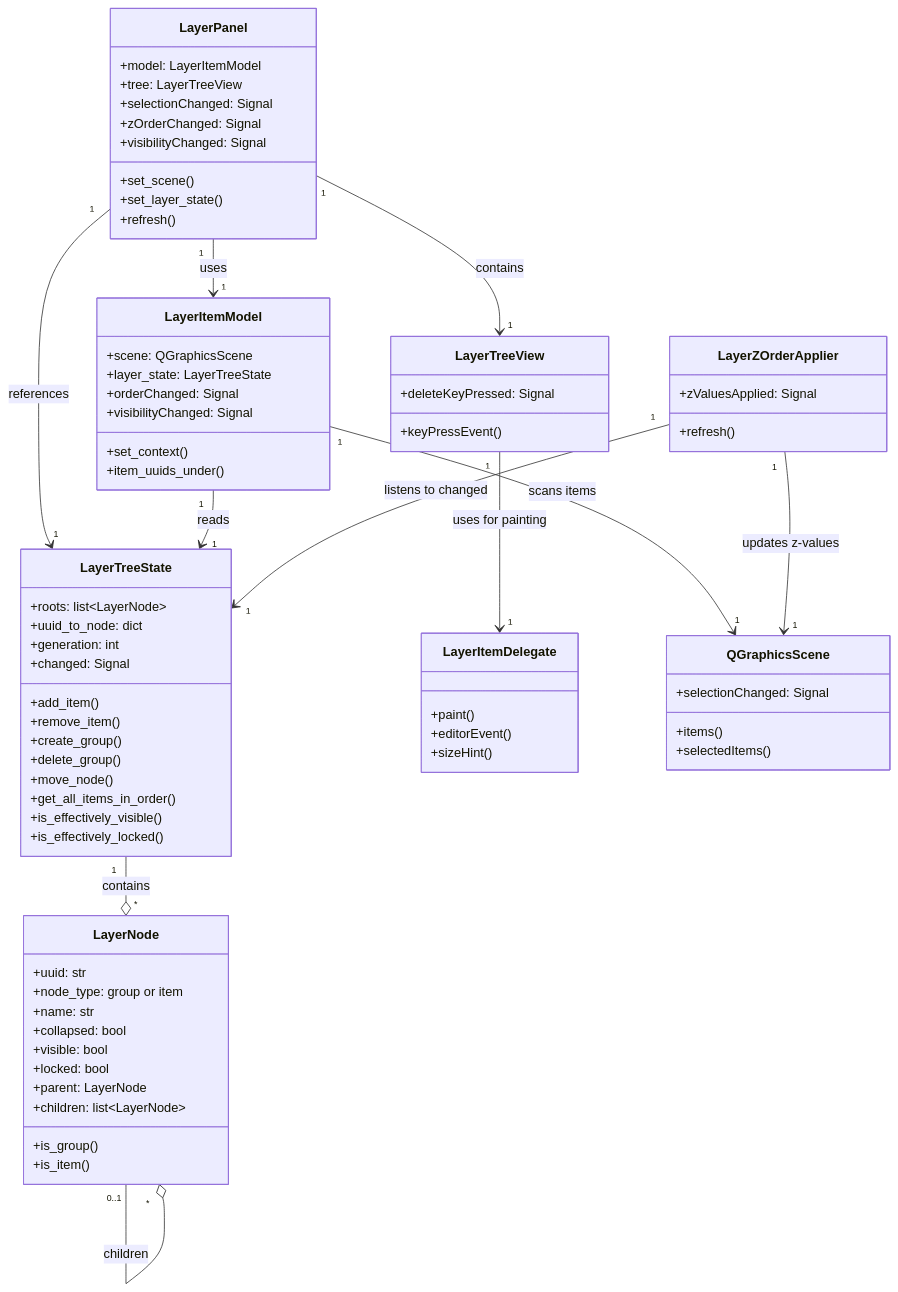
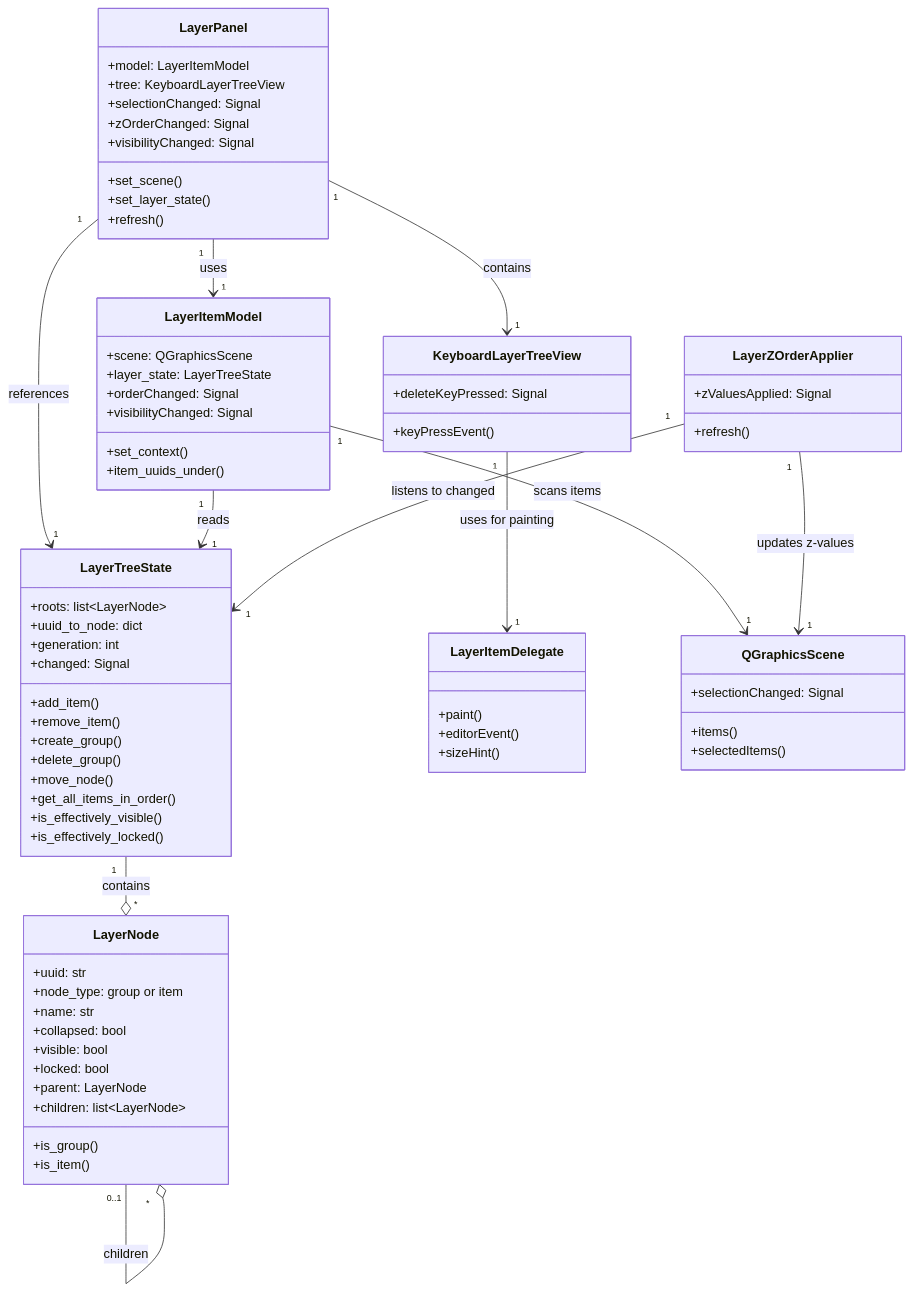
The first of 2 diagrams in docs/LAYER_WIDGET_SYSTEM.md (aadarwal/optiverse), drawn with Mermaid before and after one commit. The commit also changed other lines of this file and 6 other files, not shown here.

Commit message:
Cleated new file for keyboard handling in layer widget

````diff
--- a/docs/LAYER_WIDGET_SYSTEM.md
+++ b/docs/LAYER_WIDGET_SYSTEM.md
@@ -62,7 +62,7 @@
     
     class LayerPanel {
         +model: LayerItemModel
-        +tree: LayerTreeView
+        +tree: KeyboardLayerTreeView
         +selectionChanged: Signal
         +zOrderChanged: Signal
         +visibilityChanged: Signal
@@ -71,7 +71,7 @@
         +refresh()
     }
     
-    class LayerTreeView {
+    class KeyboardLayerTreeView {
         +deleteKeyPressed: Signal
         +keyPressEvent()
     }
@@ -105,11 +105,11 @@
     LayerTreeState "1" --o "*" LayerNode : contains
     LayerNode "0..1" --o "*" LayerNode : children
     LayerPanel "1" --> "1" LayerItemModel : uses
-    LayerPanel "1" --> "1" LayerTreeView : contains
+    LayerPanel "1" --> "1" KeyboardLayerTreeView : contains
     LayerPanel "1" --> "1" LayerTreeState : references
     LayerItemModel "1" --> "1" LayerTreeState : reads
     LayerItemModel "1" --> "1" QGraphicsScene : scans items
     LayerZOrderApplier "1" --> "1" LayerTreeState : listens to changed
     LayerZOrderApplier "1" --> "1" QGraphicsScene : updates z-values
-    LayerTreeView "1" --> "1" LayerItemDelegate : uses for painting
+    KeyboardLayerTreeView "1" --> "1" LayerItemDelegate : uses for painting
 ```
````
